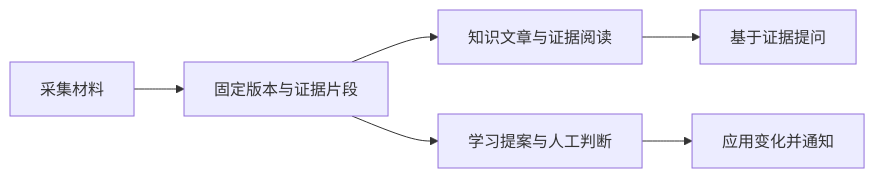
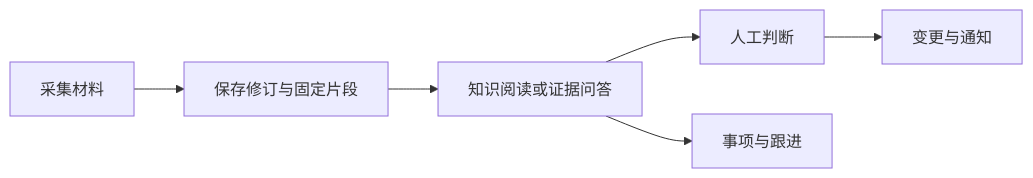
One commit to lejunyang/omem changed the diagram in .repo-review/knowledge/articles/14774f39872f6fa460a9730fa28549037f0c8d439cbede87fe5445fda85c616f.md. Above: the diagram before and after it, drawn with Mermaid. The commit also changed other lines of this file and 234 other files, not shown here.

````diff
--- a/.repo-review/knowledge/articles/14774f39872f6fa460a9730fa28549037f0c8d439cbede87fe5445fda85c616f.md
+++ b/.repo-review/knowledge/articles/14774f39872f6fa460a9730fa28549037f0c8d439cbede87fe5445fda85c616f.md
@@ -17,8 +19,8 @@
 ```mermaid
 flowchart LR
-  A[采集材料] --> B[固定版本与证据片段]
-  B --> C[知识文章与证据阅读]
-  C --> D[基于证据提问]
-  B --> E[学习提案与人工判断]
-  E --> F[应用变化并通知]
+  A[采集材料] --> B[保存修订与固定片段]
+  B --> C[知识阅读或证据问答]
+  C --> D[人工判断]
+  C --> E[事项与跟进]
+  D --> F[变更与通知]
 ```
````
